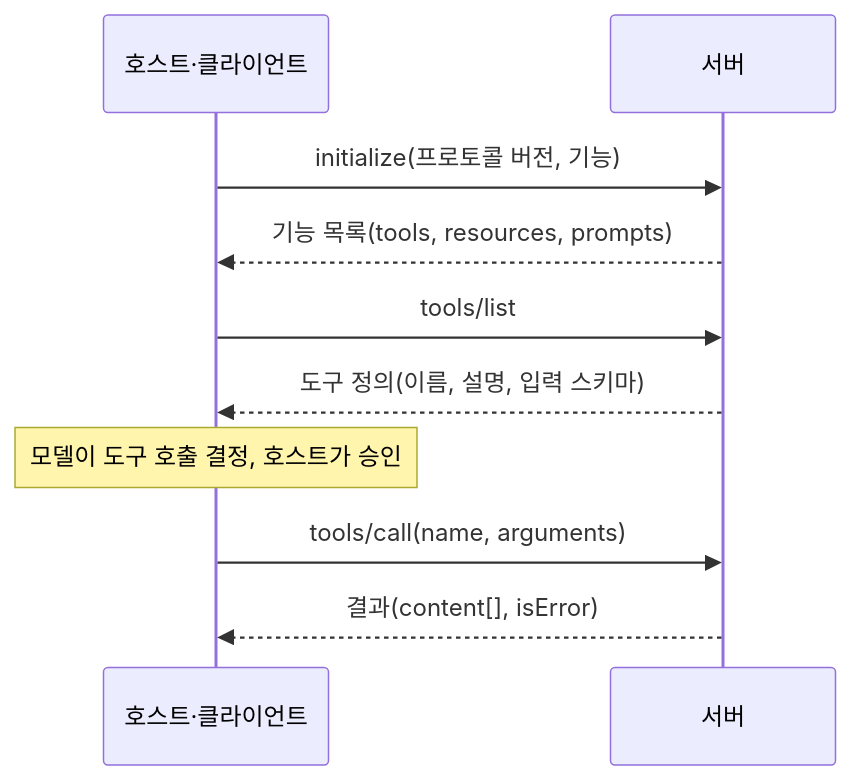
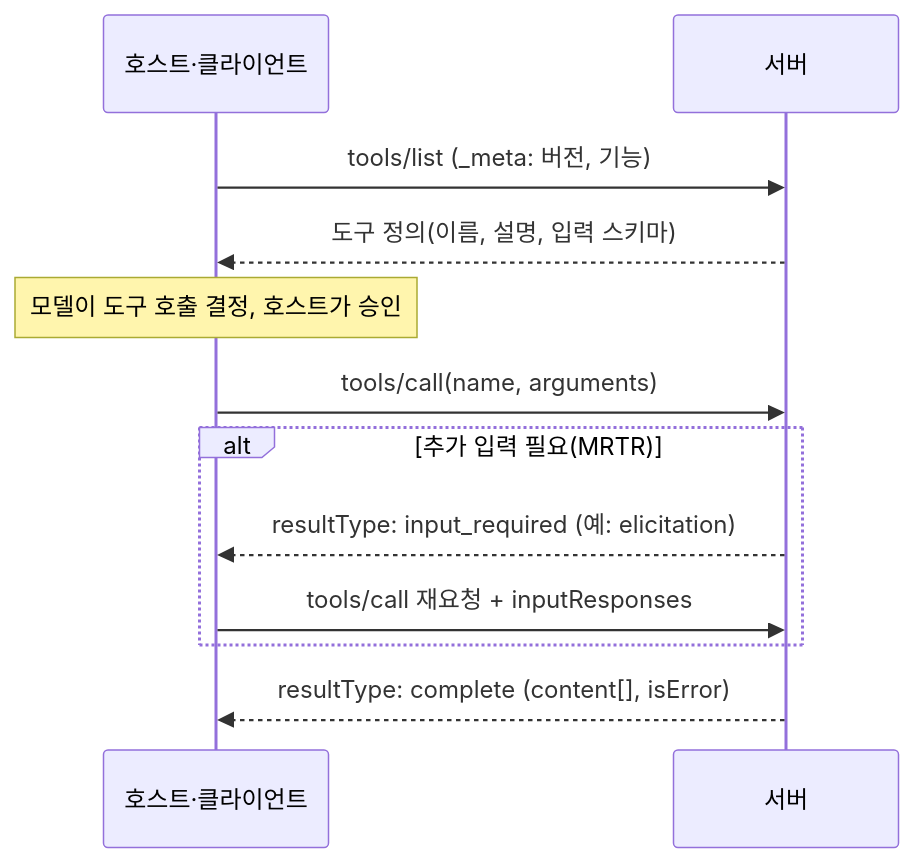
The second of 2 diagrams in docs/AI/mcp/concepts.md (mentalage46/pocket-tips), drawn with Mermaid before and after one commit. The commit also changed other lines of this file and 15 other files, not shown here.

````diff
--- a/docs/AI/mcp/concepts.md
+++ b/docs/AI/mcp/concepts.md
@@ -59,12 +67,14 @@
 ```mermaid
 sequenceDiagram
     participant H as 호스트·클라이언트
     participant S as 서버
-    H->>S: initialize(프로토콜 버전, 기능)
-    S-->>H: 기능 목록(tools, resources, prompts)
-    H->>S: tools/list
+    H->>S: tools/list (_meta: 버전, 기능)
     S-->>H: 도구 정의(이름, 설명, 입력 스키마)
     Note over H: 모델이 도구 호출 결정, 호스트가 승인
     H->>S: tools/call(name, arguments)
-    S-->>H: 결과(content[], isError)
+    alt 추가 입력 필요(MRTR)
+        S-->>H: resultType: input_required (예: elicitation)
+        H->>S: tools/call 재요청 + inputResponses
+    end
+    S-->>H: resultType: complete (content[], isError)
 ```
````
